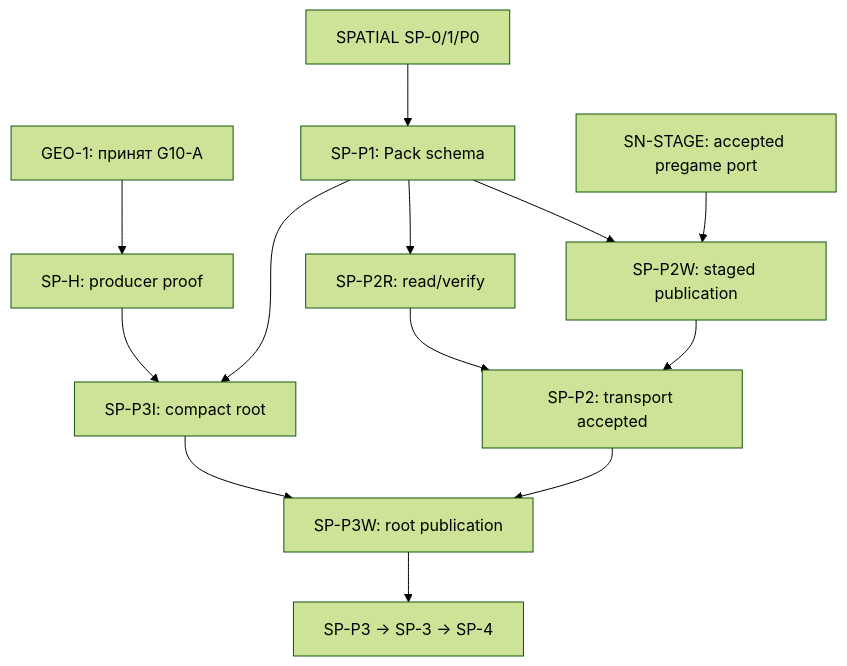
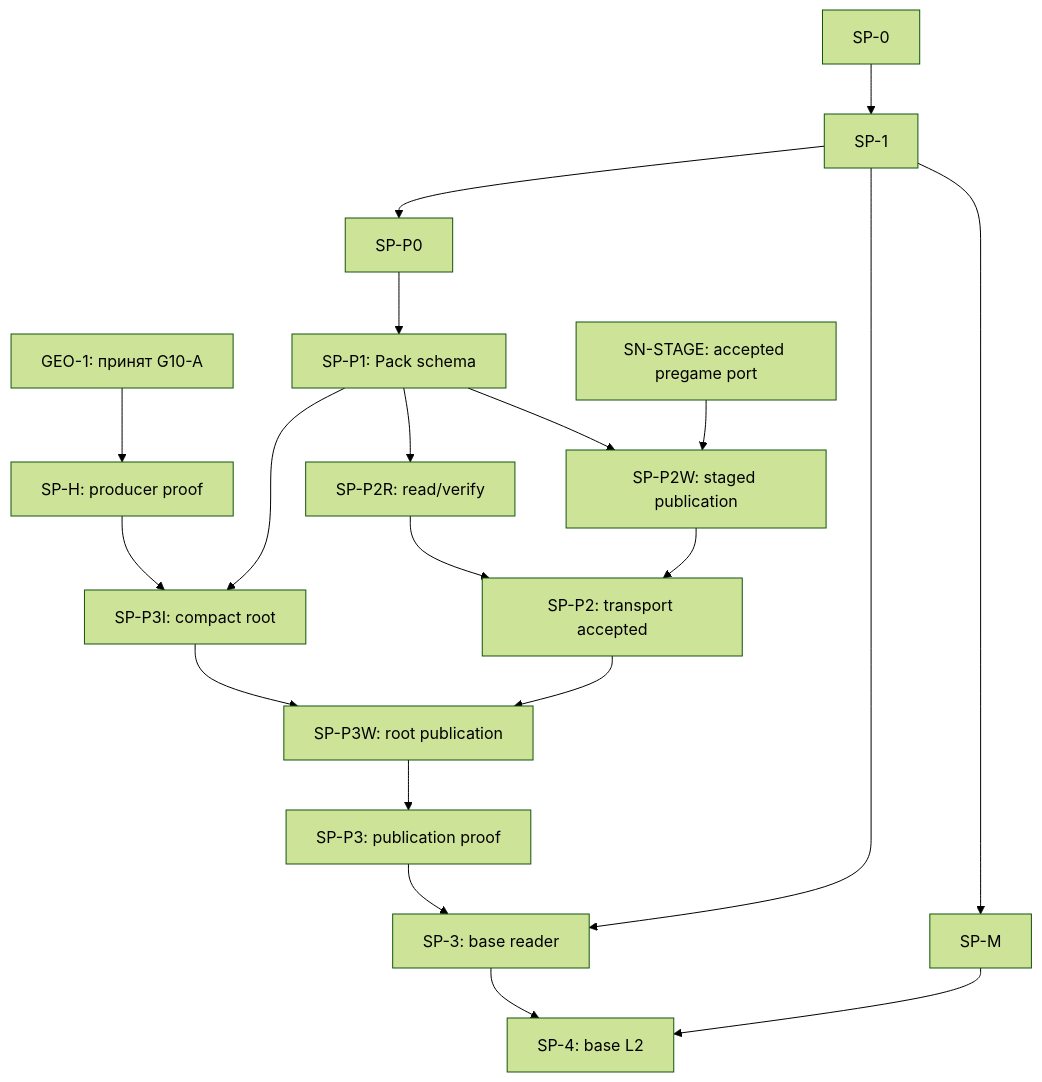
The first of 2 diagrams in .cursor/plans/world-generation-plan-dependency-graph.md (AndrewBondaren/AI-Project), drawn with Mermaid (forest theme) before and after one commit. The commit also changed other lines of this file and 1 other file, not shown here.

Commit message:
refactor: Update WORLD-PLAN-GRAPH-1 and GEN-DAG-1 documentation for clarity and versioning

````diff
--- a/.cursor/plans/world-generation-plan-dependency-graph.md
+++ b/.cursor/plans/world-generation-plan-dependency-graph.md
@@ -49,15 +49,22 @@
 ```mermaid
 flowchart TD
     G["GEO-1: принят G10-A"] --> H["SP-H: producer proof"]
-    S["SPATIAL SP-0/1/P0"] --> P1["SP-P1: Pack schema"]
+    S0["SP-0"] --> S1["SP-1"]
+    S1 --> P0["SP-P0"]
+    S1 --> M["SP-M"]
+    P0 --> P1["SP-P1: Pack schema"]
     P1 --> PR["SP-P2R: read/verify"]
     P1 --> PW["SP-P2W: staged publication"]
     ST["SN-STAGE: accepted pregame port"] --> PW
     PR --> P2["SP-P2: transport accepted"]
     PW --> P2
     H --> I["SP-P3I: compact root"]
     P1 --> I
     I --> W["SP-P3W: root publication"]
     P2 --> W
-    W --> R["SP-P3 → SP-3 → SP-4"]
+    W --> P3["SP-P3: publication proof"]
+    P3 --> R["SP-3: base reader"]
+    S1 --> R
+    R --> L2["SP-4: base L2"]
+    M --> L2
 ```
````
